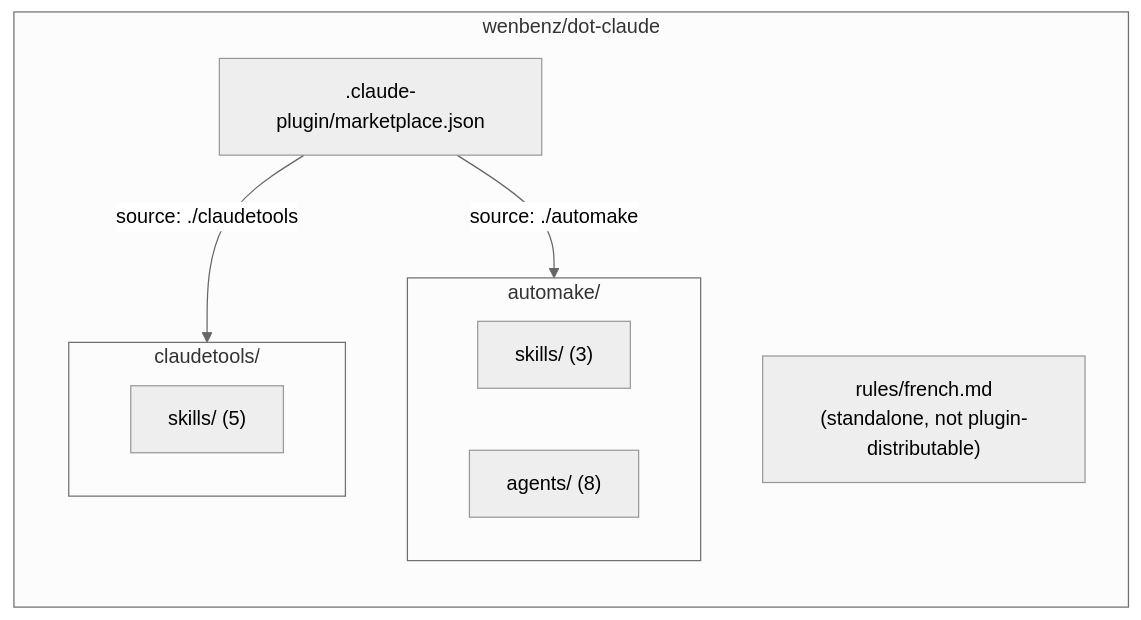
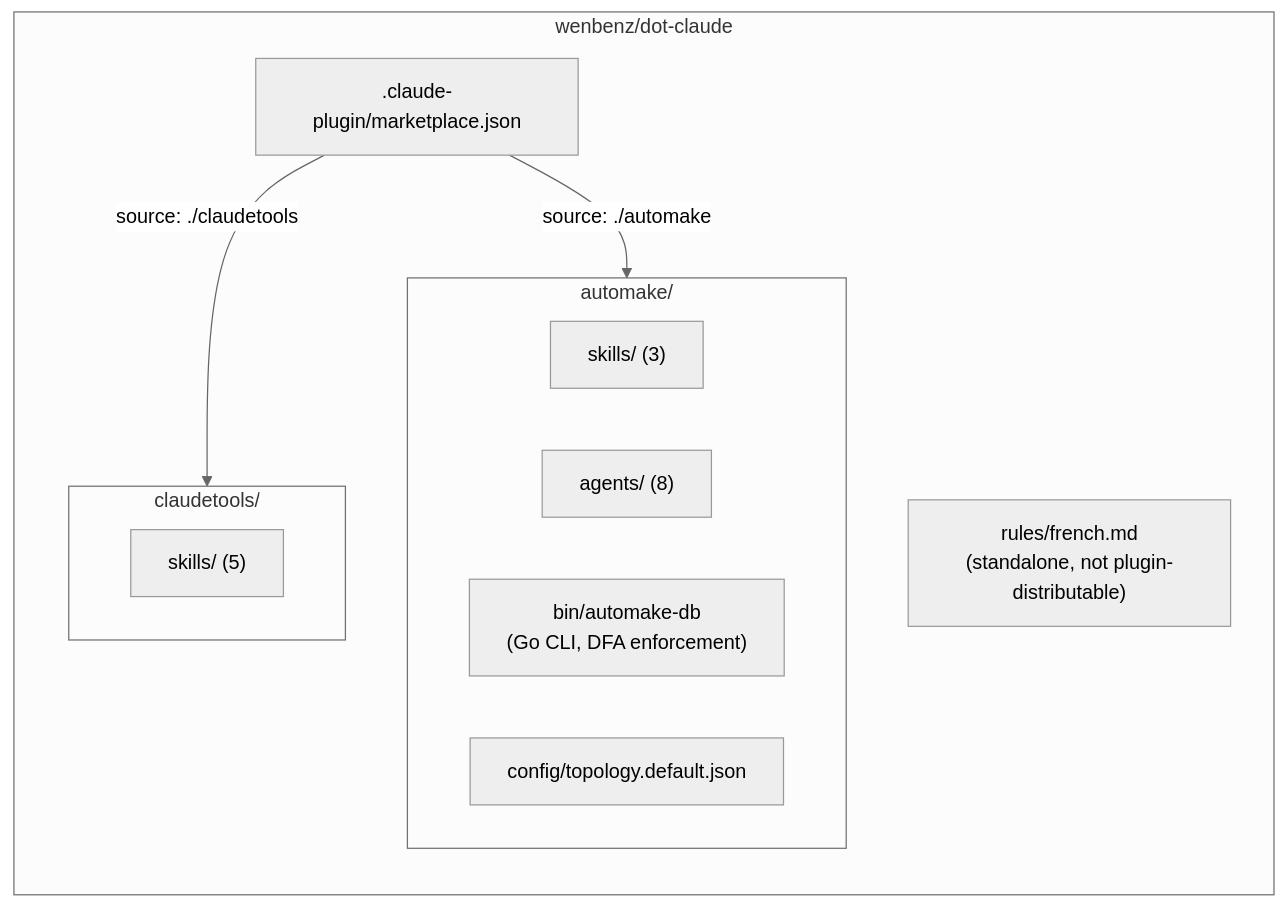
The diagram in docs/CODEBASE.md (wenbenz/dot-claude), drawn with Mermaid (neutral theme) before and after one commit. The commit also changed other lines of this file and 12 other files, not shown here.

First line of the commit message:
Add SQLite-backed DFA state tracking to the automake pipeline

````diff
--- a/docs/CODEBASE.md
+++ b/docs/CODEBASE.md
@@ -11,16 +11,18 @@
 ```mermaid
 flowchart LR
     subgraph repo["wenbenz/dot-claude"]
         mkt[".claude-plugin/marketplace.json"]
         subgraph automake["automake/"]
             am_skills["skills/ (3)"]
             am_agents["agents/ (8)"]
+            am_bin["bin/automake-db<br/>(Go CLI, DFA enforcement)"]
+            am_config["config/topology.default.json"]
         end
         subgraph claudetools["claudetools/"]
             ct_skills["skills/ (5)"]
         end
         rules["rules/french.md<br/>(standalone, not plugin-distributable)"]
     end
     mkt -->|source: ./automake| automake
     mkt -->|source: ./claudetools| claudetools
 ```
````
